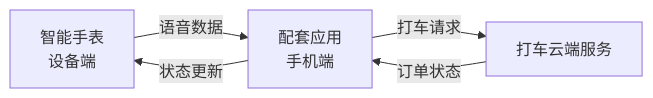
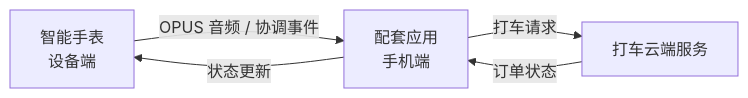
The first of 2 diagrams in Others/voice-ride-hailing/VOICE_RIDE_HAILING_CN.md (htangsmart/FitCloudPro-SDK-iOS), drawn with Mermaid before and after one commit. The commit also changed other lines of this file and 40 other files, not shown here.

````diff
--- a/Others/voice-ride-hailing/VOICE_RIDE_HAILING_CN.md
+++ b/Others/voice-ride-hailing/VOICE_RIDE_HAILING_CN.md
@@ -19,7 +19,7 @@
 ```mermaid
 flowchart LR
-    A[智能手表<br>设备端] -->|语音数据| B[配套应用<br>手机端]
+    A[智能手表<br>设备端] -->|OPUS 音频 / 协调事件| B[配套应用<br>手机端]
     B -->|打车请求| C[打车云端服务]
     C -->|订单状态| B
     B -->|状态更新| A
 ```
````
